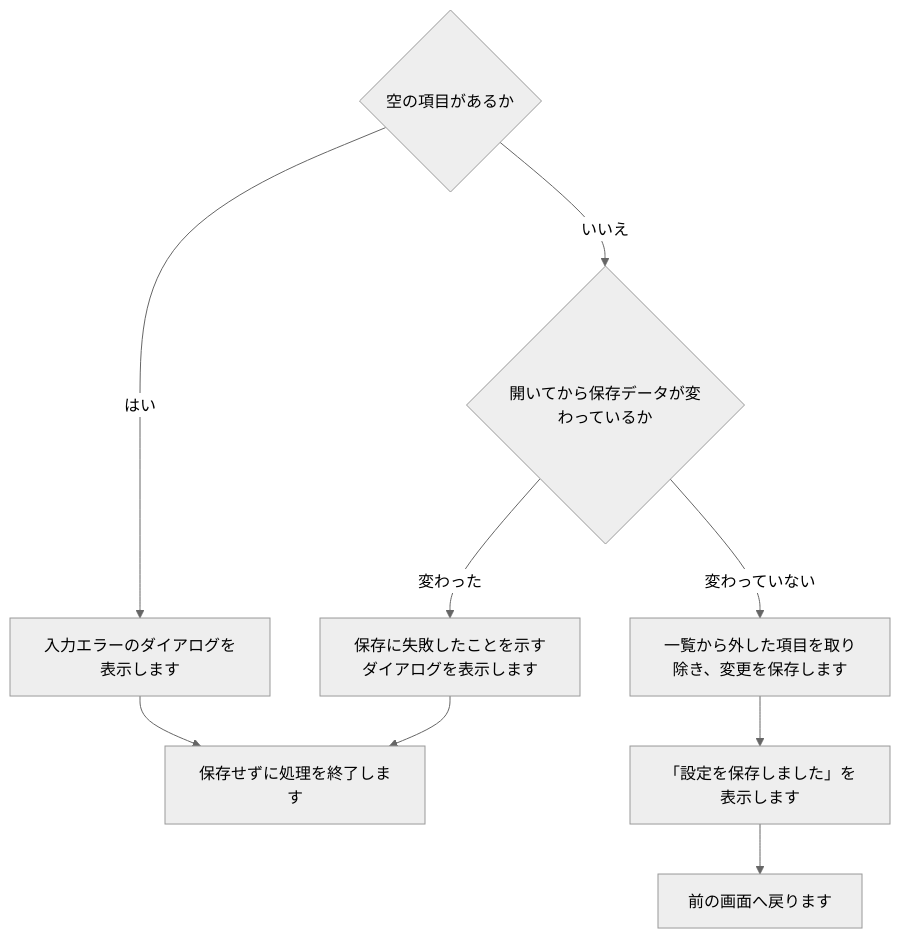
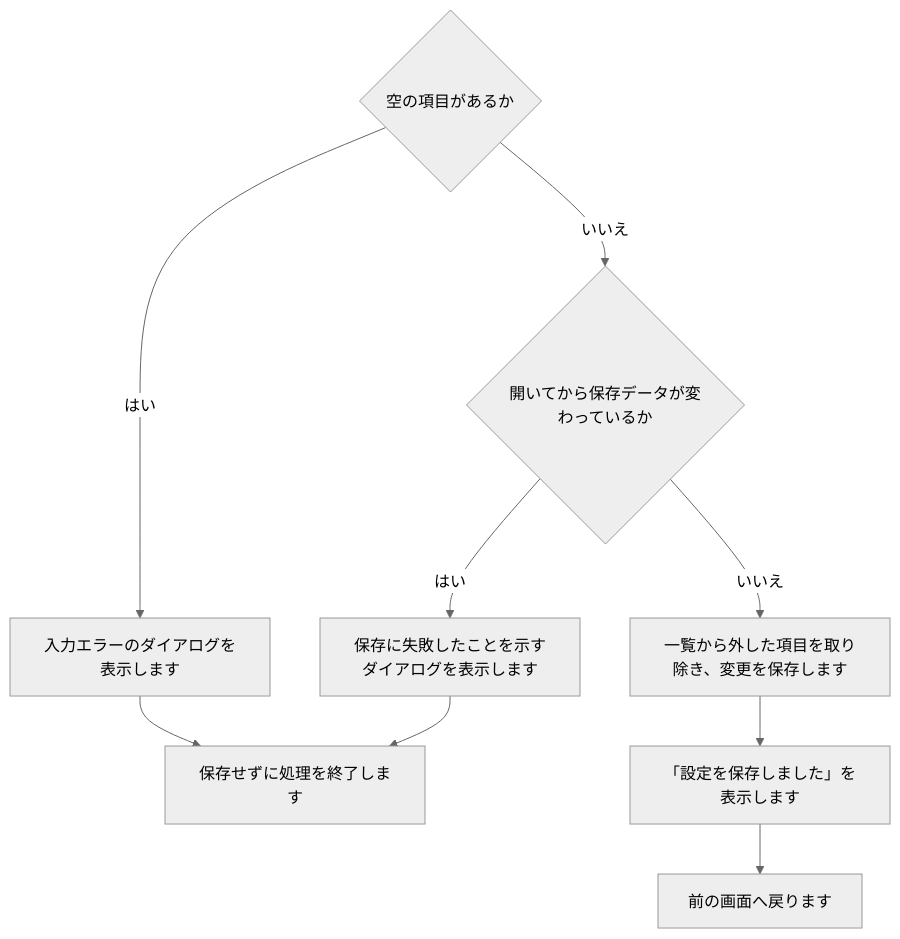
One commit to nishida2073/project_management changed diagram 22 of 34 in tool/smstokintone/doc/02_設計/処理フロー.md. Above: the diagram before and after it, drawn with Mermaid (neutral theme). The commit also changed other lines of this file and 5 other files, not shown here.

````diff
--- a/tool/smstokintone/doc/02_設計/処理フロー.md
+++ b/tool/smstokintone/doc/02_設計/処理フロー.md
@@ -371,9 +361,9 @@
 ```mermaid
 flowchart TD
   A{"空の項目があるか"} -- はい --> B["入力エラーのダイアログを表示します"] --> C["保存せずに処理を終了します"]
   A -- いいえ --> D{"開いてから保存データが変わっているか"}
-  D -- 変わった --> E["保存に失敗したことを示すダイアログを表示します"] --> C
-  D -- 変わっていない --> F["一覧から外した項目を取り除き、変更を保存します"]
+  D -- はい --> E["保存に失敗したことを示すダイアログを表示します"] --> C
+  D -- いいえ --> F["一覧から外した項目を取り除き、変更を保存します"]
   F --> G["「設定を保存しました」を表示します"]
   G --> H["前の画面へ戻ります"]
 ```
````
